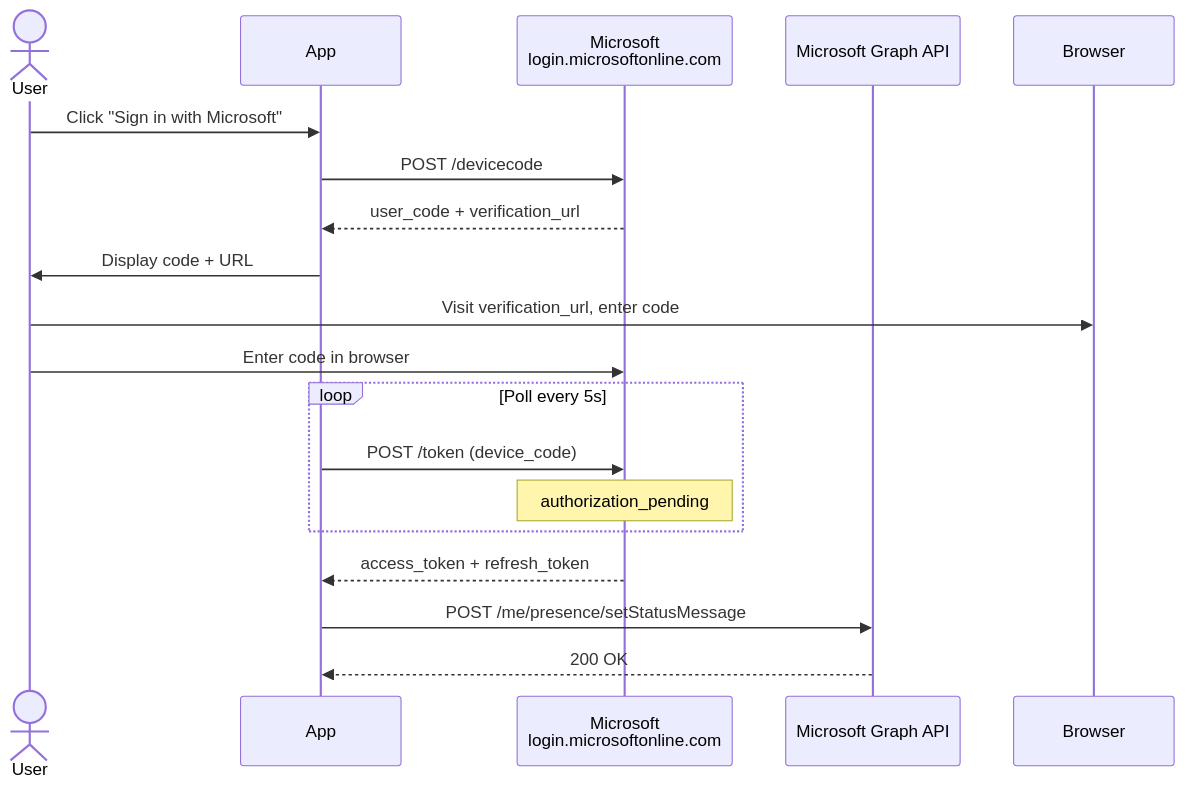
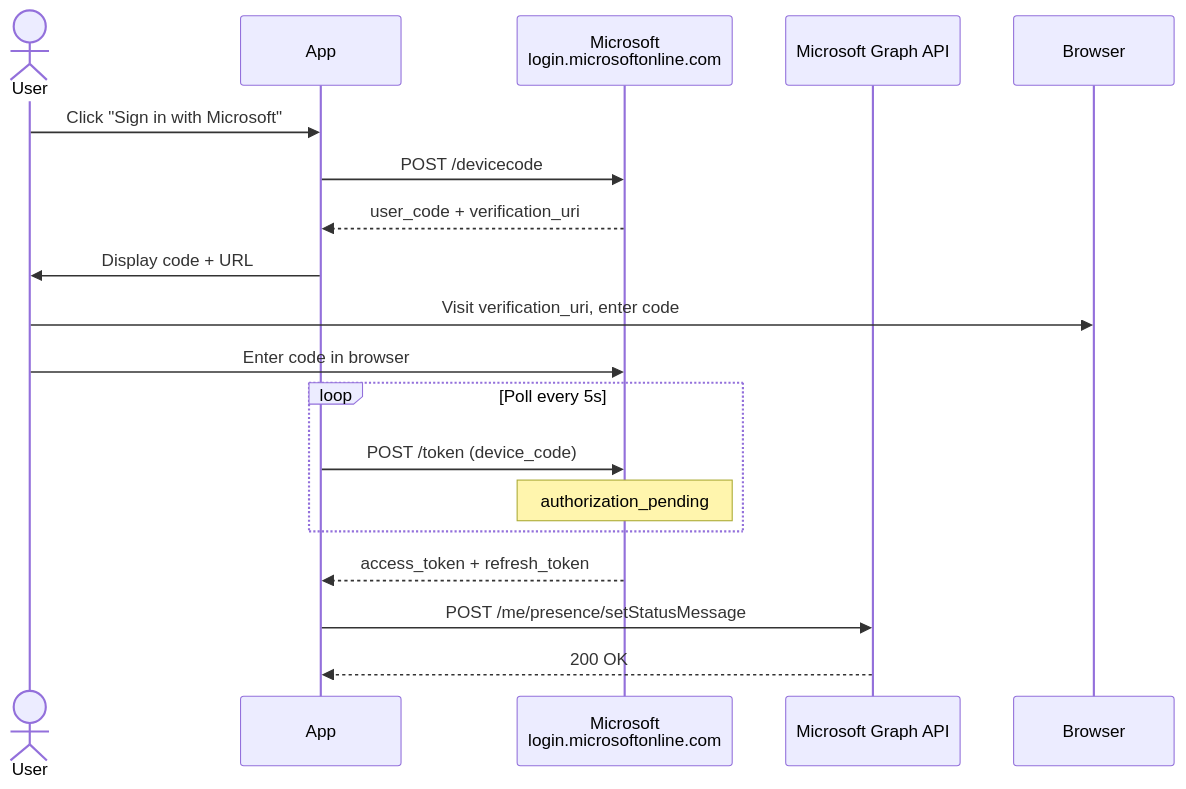
The fourth of 8 diagrams in ARCHITECTURE.md (Carme99/PresenceJam-Desktop), drawn with Mermaid before and after one commit.

Commit message:
docs(arch): use canonical device-code field name verification_uri (#172)

````diff
--- a/ARCHITECTURE.md
+++ b/ARCHITECTURE.md
@@ -152,21 +152,21 @@
 ```mermaid
 sequenceDiagram
     actor User
     participant App
     participant Microsoft as Microsoft<br/>login.microsoftonline.com
     participant Teams as Microsoft Graph API
 
     User->>App: Click "Sign in with Microsoft"
     App->>Microsoft: POST /devicecode
-    Microsoft-->>App: user_code + verification_url
+    Microsoft-->>App: user_code + verification_uri
     App->>User: Display code + URL
-    User->>Browser: Visit verification_url, enter code
+    User->>Browser: Visit verification_uri, enter code
     User->>Microsoft: Enter code in browser
     loop Poll every 5s
         App->>Microsoft: POST /token (device_code)
         Note over Microsoft: authorization_pending
     end
     Microsoft-->>App: access_token + refresh_token
     App->>Teams: POST /me/presence/setStatusMessage
     Teams-->>App: 200 OK
 ```
````
